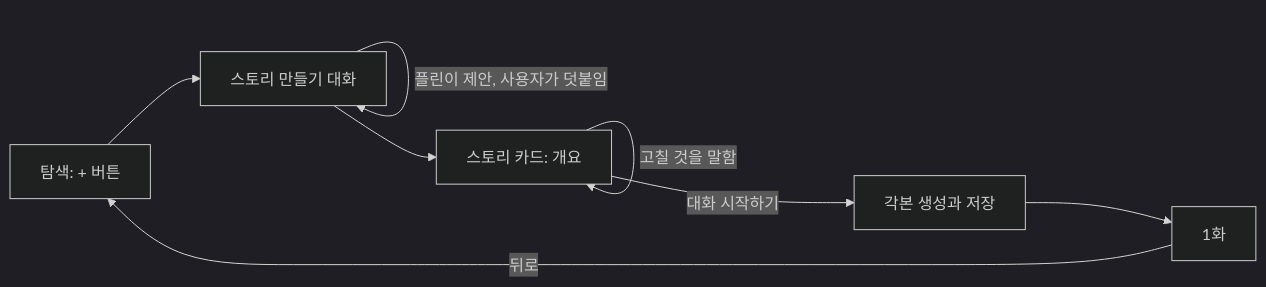
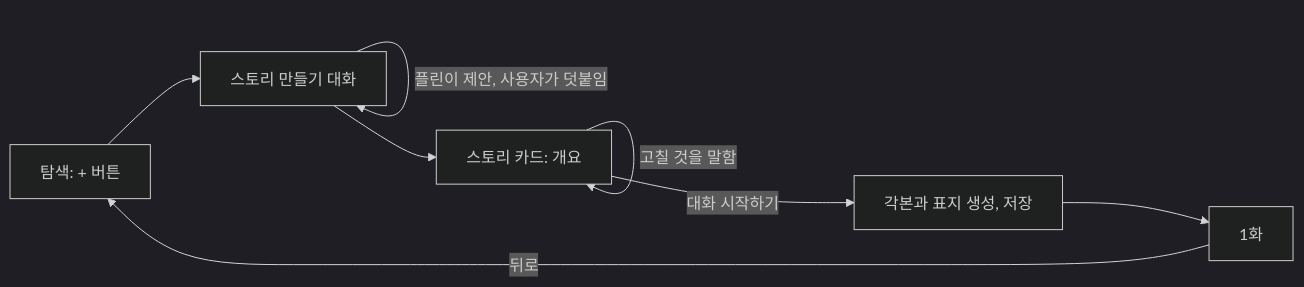
One commit to toy-crane/flyn changed the diagram in docs/specs/story-creation-chat/spec.md. Above: the diagram before and after it, drawn with Mermaid (dark theme). The commit also changed other lines of this file and 1 other file, not shown here.

````diff
--- a/docs/specs/story-creation-chat/spec.md
+++ b/docs/specs/story-creation-chat/spec.md
@@ -109,10 +125,10 @@
 ```mermaid
 flowchart LR
   B[탐색: + 버튼] --> C[스토리 만들기 대화]
   C -->|플린이 제안, 사용자가 덧붙임| C
   C --> K[스토리 카드: 개요]
   K -->|고칠 것을 말함| K
-  K -->|대화 시작하기| G[각본 생성과 저장]
+  K -->|대화 시작하기| G[각본과 표지 생성, 저장]
   G --> E[1화]
   E -->|뒤로| B
 ```
````
